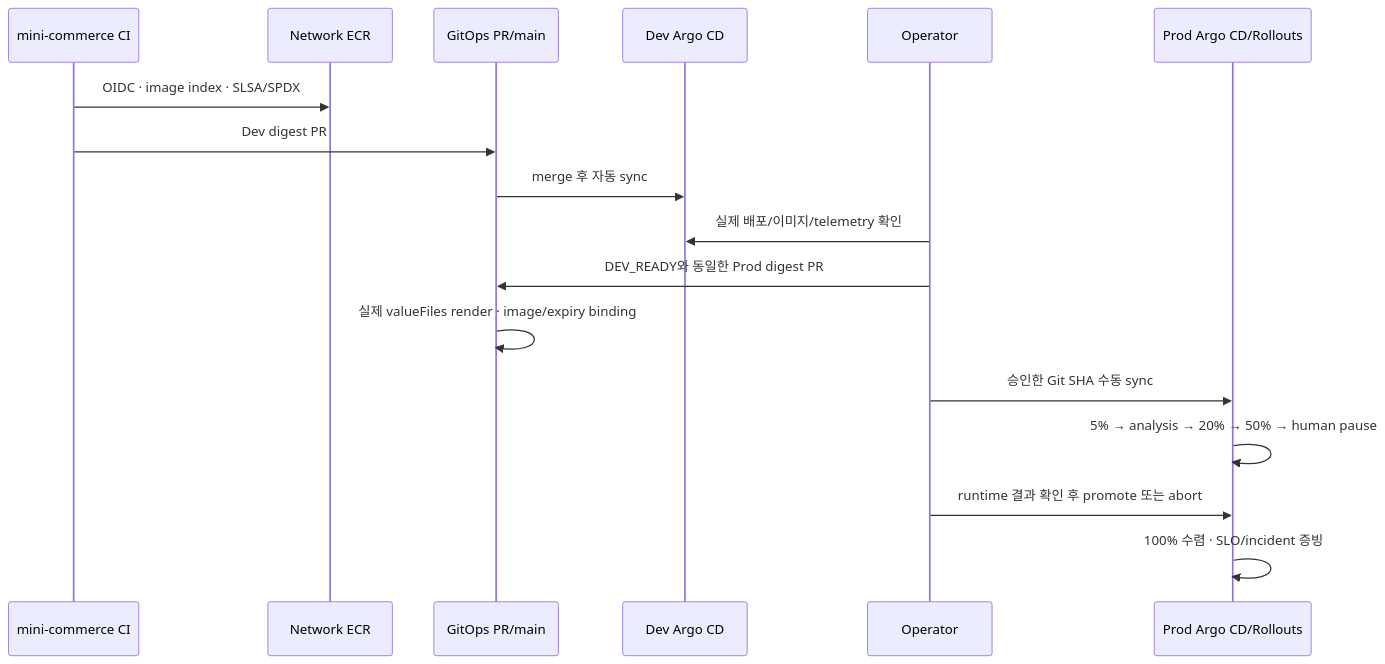
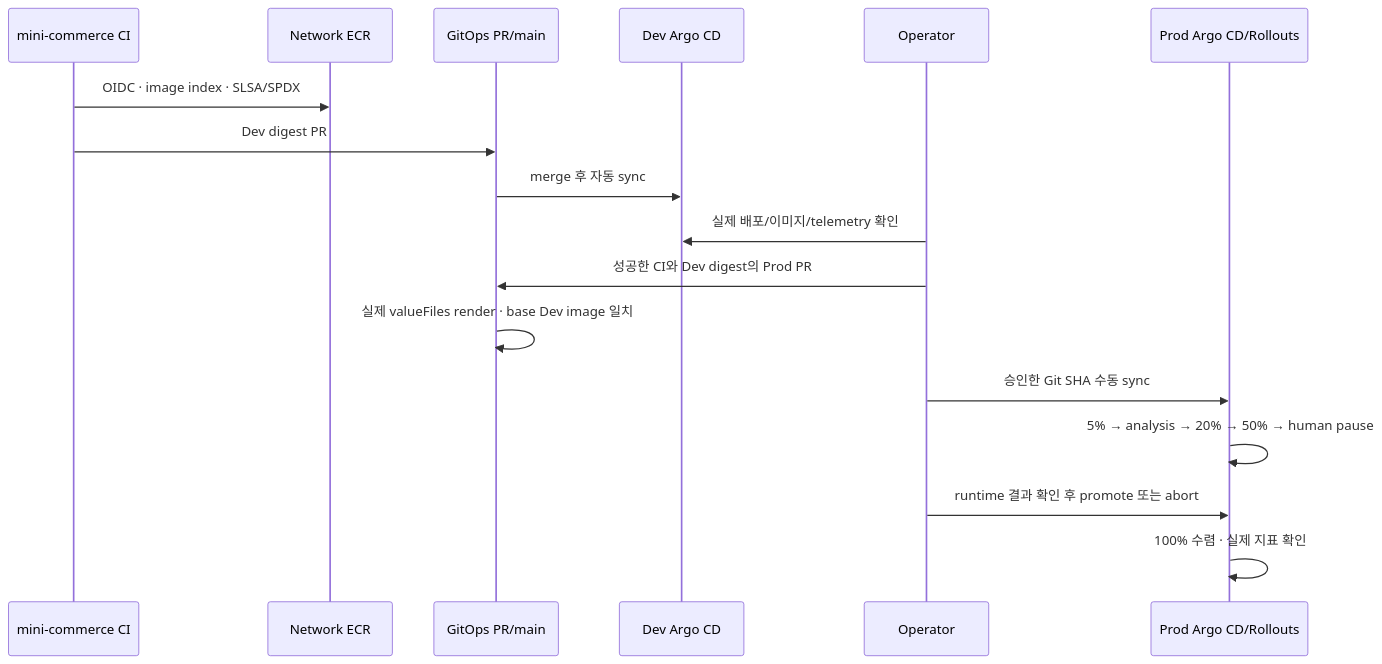
The second of 2 diagrams in docs/architecture.md (play-builder/argocd-gitops), drawn with Mermaid before and after one commit. The commit also changed other lines of this file and 155 other files, not shown here.

````diff
--- a/docs/architecture.md
+++ b/docs/architecture.md
@@ -90,19 +90,19 @@
 ```mermaid
 sequenceDiagram
     participant CI as mini-commerce CI
     participant ECR as Network ECR
     participant G as GitOps PR/main
     participant D as Dev Argo CD
     participant O as Operator
     participant P as Prod Argo CD/Rollouts
     CI->>ECR: OIDC · image index · SLSA/SPDX
     CI->>G: Dev digest PR
     G->>D: merge 후 자동 sync
     O->>D: 실제 배포/이미지/telemetry 확인
-    O->>G: DEV_READY와 동일한 Prod digest PR
-    G->>G: 실제 valueFiles render · image/expiry binding
+    O->>G: 성공한 CI와 Dev digest의 Prod PR
+    G->>G: 실제 valueFiles render · base Dev image 일치
     O->>P: 승인한 Git SHA 수동 sync
     P->>P: 5% → analysis → 20% → 50% → human pause
     O->>P: runtime 결과 확인 후 promote 또는 abort
-    P->>P: 100% 수렴 · SLO/incident 증빙
+    P->>P: 100% 수렴 · 실제 지표 확인
 ```
````
